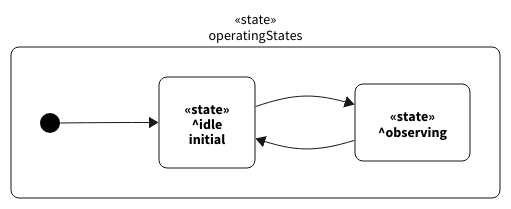
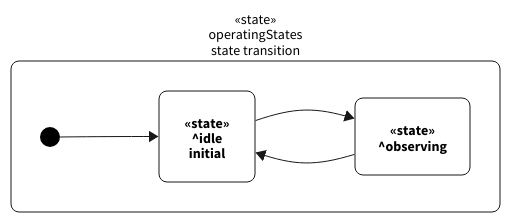
Before and after one commit to Open-MBEE/OpenSysML: the second of 2 diagrams in internal/doc/docrender/testdata/telescope_report.d2.golden.md, drawn with D2. The commit also changed 25 other files, not shown here.

````diff
--- a/internal/doc/docrender/testdata/telescope_report.d2.golden.md
+++ b/internal/doc/docrender/testdata/telescope_report.d2.golden.md
@@ -106,18 +106,18 @@
 ```d2
 # state rendering (the diagram states kind "state")
 direction: right
 classes: {
   usage: { style: { fill: white; stroke: "#181818"; stroke-width: 1; font-color: black; font-size: 14; border-radius: 8 } }
   initial: { shape: oval; width: 18; height: 18; style: { fill: black; stroke: black } }
   edge: { style: { stroke: "#181818"; font-size: 13; font-color: black; stroke-width: 1 } }
 }
-n0: "«state»\noperatingStates" {
+n0: "«state»\noperatingStates\nstate transition" {
   class: usage
   n3: "" { class: initial }
   n1: "«state»\n^idle\ninitial" { class: usage }
   n2: "«state»\n^observing" { class: usage }
 }
 n0.n3 -> n0.n1: { class: edge }
 n0.n1 -> n0.n2: { class: edge }
 n0.n2 -> n0.n1: { class: edge }
 ```
````
